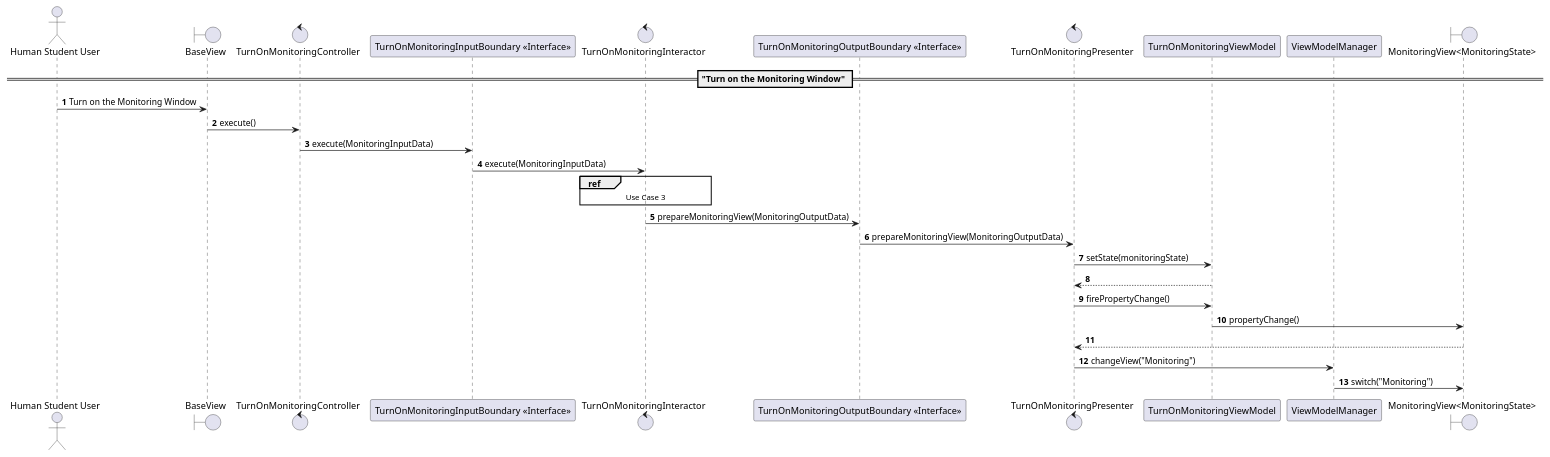
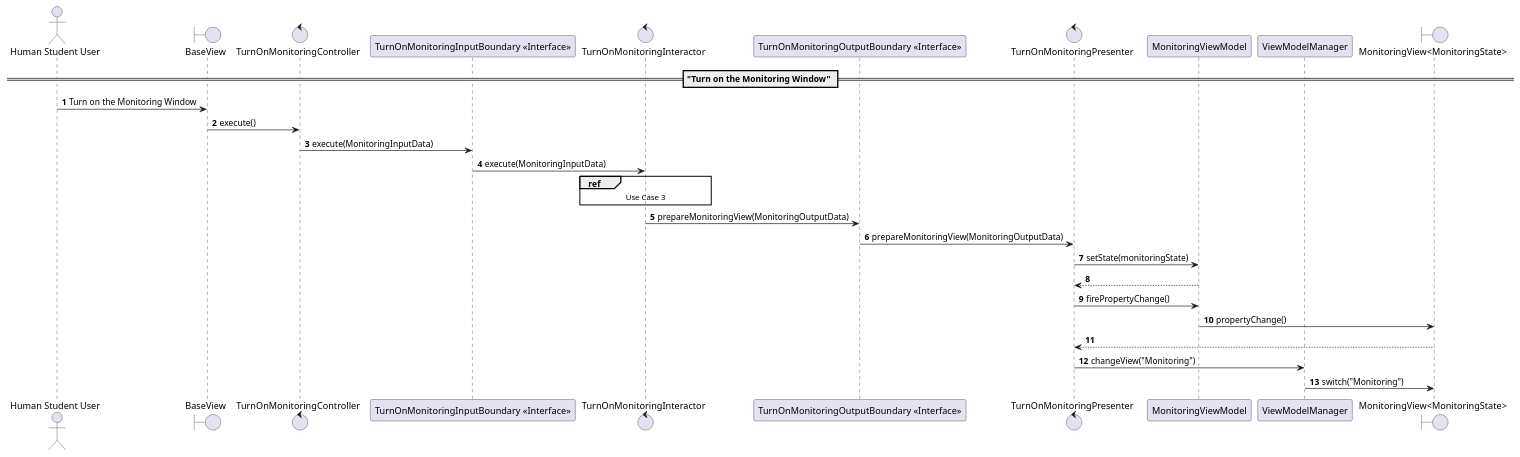
One commit to CSC207-2025F-UofT/team-project changed the diagram in DraftStory4/UseCase4A.puml. Above: the diagram before and after it, drawn with PlantUML. The commit also changed 1 other file, not shown here.

Commit message:
fix use case 4a sequence diagram and add use case 4c sequence diagram draft

```diff
--- a/DraftStory4/UseCase4A.puml
+++ b/DraftStory4/UseCase4A.puml
@@ -1,35 +1,35 @@
 @startuml
 'https://plantuml.com/sequence-diagram
 
 autonumber
 
 == "Turn on the Monitoring Window" ==
 actor "Human Student User" as humanStudentUser
 boundary "BaseView" as baseView
 control "TurnOnMonitoringController" as turnOnMonitoringController
 participant "TurnOnMonitoringInputBoundary <<Interface>>" as turnOnMonitoringInputBoundary
 control "TurnOnMonitoringInteractor" as turnOnMonitoringInteractor
 participant "TurnOnMonitoringOutputBoundary <<Interface>>" as turnOnMonitoringOutputBoundary
 control "TurnOnMonitoringPresenter" as turnOnMonitoringPresenter
-participant "TurnOnMonitoringViewModel" as turnOnMonitoringViewModel
+participant "MonitoringViewModel" as monitoringViewModel
 participant "ViewModelManager" as viewModelManager
 boundary "MonitoringView<MonitoringState>" as monitoringView
 
 humanStudentUser -> baseView: Turn on the Monitoring Window
 baseView -> turnOnMonitoringController: execute()
 turnOnMonitoringController -> turnOnMonitoringInputBoundary: execute(MonitoringInputData)
 turnOnMonitoringInputBoundary -> turnOnMonitoringInteractor: execute(MonitoringInputData)
 
 ref over turnOnMonitoringInteractor: Use Case 3
 
 turnOnMonitoringInteractor -> turnOnMonitoringOutputBoundary: prepareMonitoringView(MonitoringOutputData)
 turnOnMonitoringOutputBoundary -> turnOnMonitoringPresenter: prepareMonitoringView(MonitoringOutputData)
-turnOnMonitoringPresenter -> turnOnMonitoringViewModel: setState(monitoringState)
-turnOnMonitoringPresenter <-- turnOnMonitoringViewModel
-turnOnMonitoringPresenter -> turnOnMonitoringViewModel: firePropertyChange()
-turnOnMonitoringViewModel -> monitoringView: propertyChange()
+turnOnMonitoringPresenter -> monitoringViewModel: setState(monitoringState)
+turnOnMonitoringPresenter <-- monitoringViewModel
+turnOnMonitoringPresenter -> monitoringViewModel: firePropertyChange()
+monitoringViewModel -> monitoringView: propertyChange()
 turnOnMonitoringPresenter <-- monitoringView
 turnOnMonitoringPresenter -> viewModelManager: changeView("Monitoring")
 viewModelManager -> monitoringView: switch("Monitoring")
 
 @enduml
```
